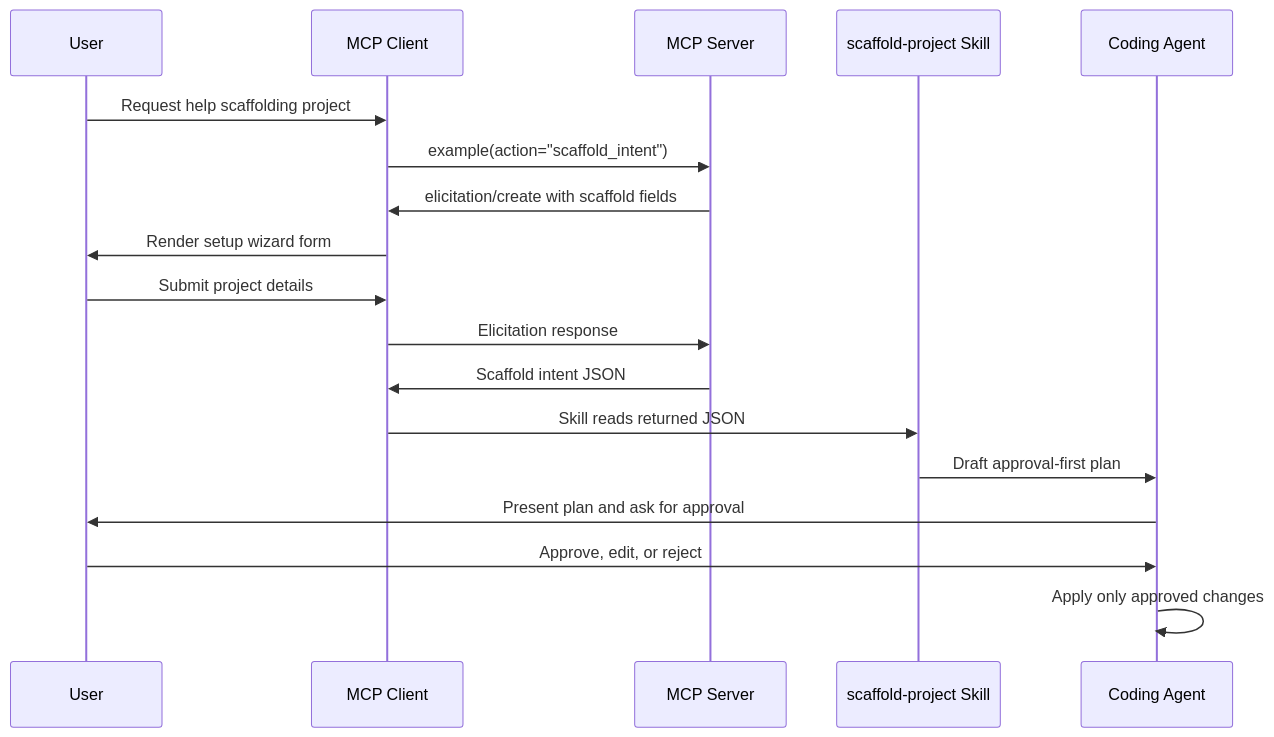
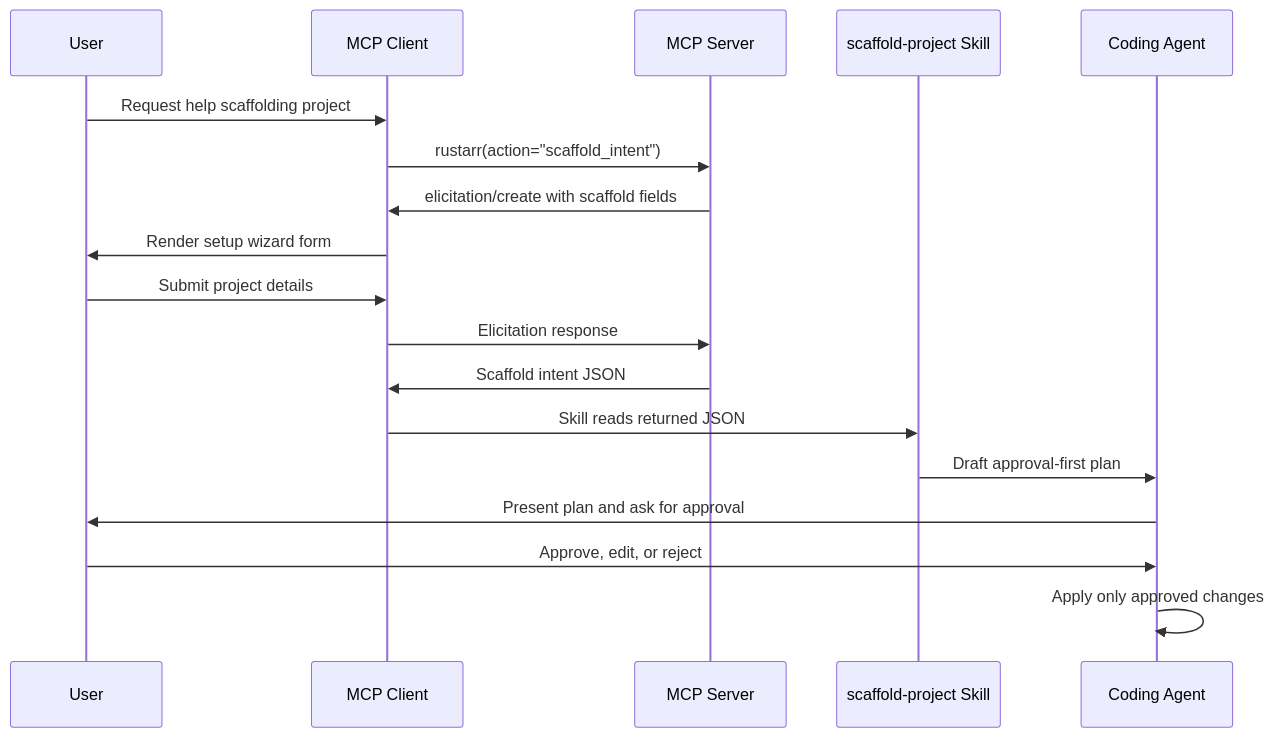
Before and after one commit to jmagar/yarr-mcp: the diagram in docs/specs/scaffold-intent-handoff.md, drawn with Mermaid. The commit also changed other lines of this file and 177 other files, not shown here.

Commit message:
feat: scaffold rustarr fleet mcp server

````diff
--- a/docs/specs/scaffold-intent-handoff.md
+++ b/docs/specs/scaffold-intent-handoff.md
@@ -43,21 +43,21 @@
 ```mermaid
 sequenceDiagram
     participant U as User
     participant C as MCP Client
     participant S as MCP Server
     participant K as scaffold-project Skill
     participant A as Coding Agent
 
     U->>C: Request help scaffolding project
-    C->>S: example(action="scaffold_intent")
+    C->>S: rustarr(action="scaffold_intent")
     S->>C: elicitation/create with scaffold fields
     C->>U: Render setup wizard form
     U->>C: Submit project details
     C->>S: Elicitation response
     S->>C: Scaffold intent JSON
     C->>K: Skill reads returned JSON
     K->>A: Draft approval-first plan
     A->>U: Present plan and ask for approval
     U->>A: Approve, edit, or reject
     A->>A: Apply only approved changes
 ```
````
